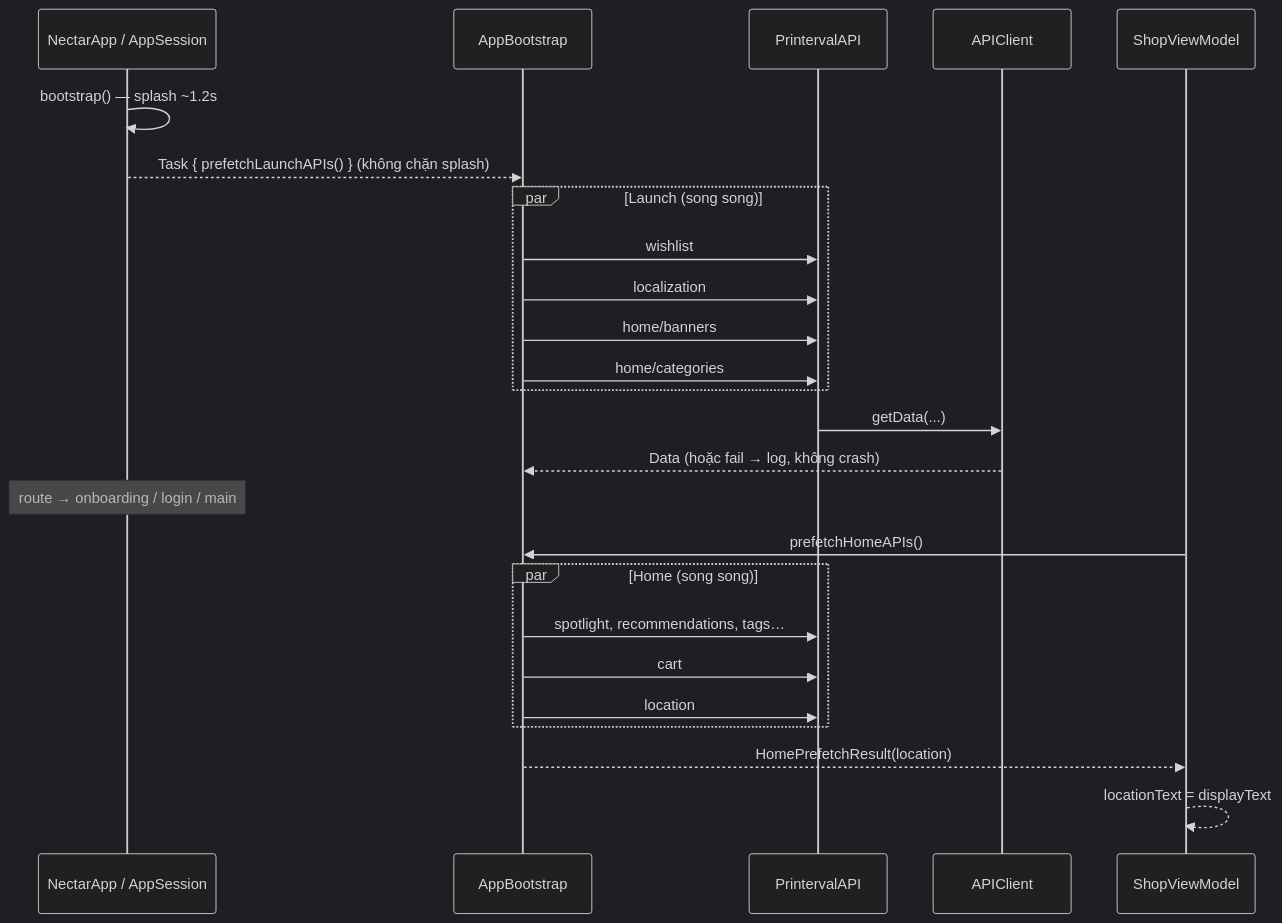
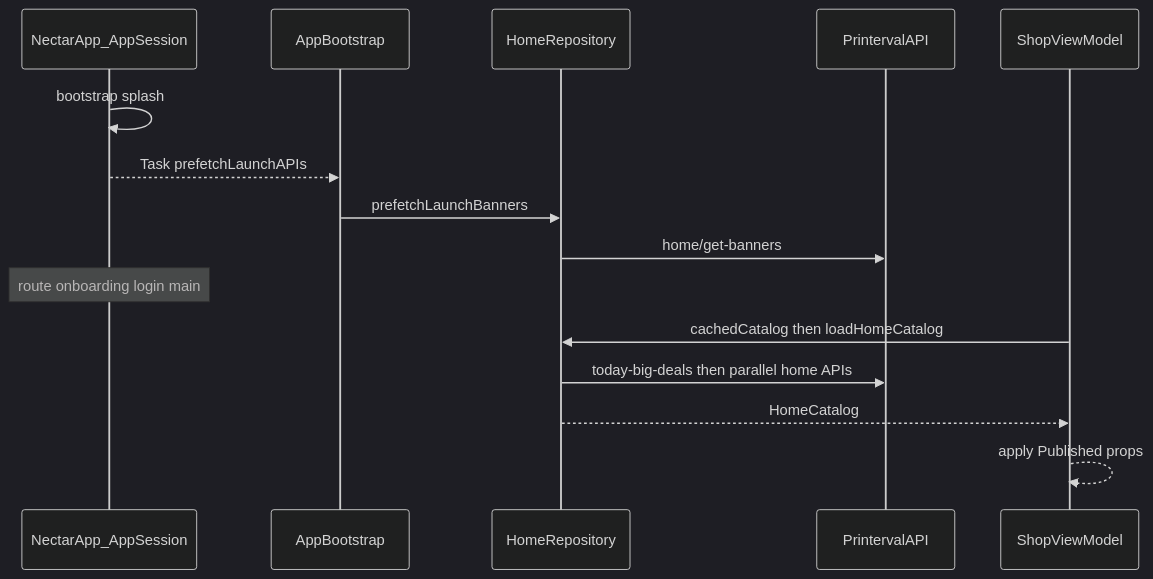
Before and after one commit to duybui2704/nectar-swift: the diagram in docs/api-flow.md, drawn with Mermaid (dark theme). The commit also changed other lines of this file and 20 other files, not shown here.

````diff
--- a/docs/api-flow.md
+++ b/docs/api-flow.md
@@ -56,31 +57,20 @@
 ```mermaid
 sequenceDiagram
-    participant App as NectarApp / AppSession
+    participant App as NectarApp_AppSession
     participant Boot as AppBootstrap
+    participant Repo as HomeRepository
     participant API as PrintervalAPI
-    participant Client as APIClient
     participant Shop as ShopViewModel
 
-    App->>App: bootstrap() — splash ~1.2s
-    App-->>Boot: Task { prefetchLaunchAPIs() } (không chặn splash)
+    App->>App: bootstrap splash
+    App-->>Boot: Task prefetchLaunchAPIs
+    Boot->>Repo: prefetchLaunchBanners
+    Repo->>API: home/get-banners
 
-    par Launch (song song)
-        Boot->>API: wishlist
-        Boot->>API: localization
-        Boot->>API: home/banners
-        Boot->>API: home/categories
-    end
-    API->>Client: getData(...)
-    Client-->>Boot: Data (hoặc fail → log, không crash)
+    Note over App: route onboarding login main
 
-    Note over App: route → onboarding / login / main
-
-    Shop->>Boot: prefetchHomeAPIs()
-    par Home (song song)
-        Boot->>API: spotlight, recommendations, tags…
-        Boot->>API: cart
-        Boot->>API: location
-    end
-    Boot-->>Shop: HomePrefetchResult(location)
-    Shop-->>Shop: locationText = displayText
+    Shop->>Repo: cachedCatalog then loadHomeCatalog
+    Repo->>API: today-big-deals then parallel home APIs
+    Repo-->>Shop: HomeCatalog
+    Shop-->>Shop: apply Published props
 ```
````
